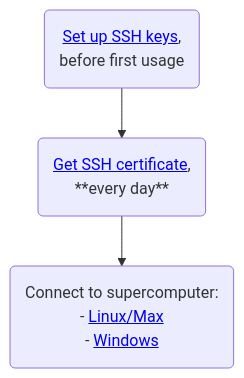
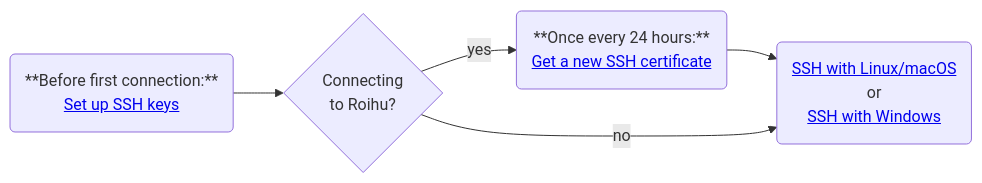
One commit to CSCfi/csc-user-guide changed the diagram in docs/computing/connecting/index.md. Above: the diagram before and after it, drawn with Mermaid. The commit also changed other lines of this file and 6 other files, not shown here.

````diff
--- a/docs/computing/connecting/index.md
+++ b/docs/computing/connecting/index.md
@@ -83,11 +86,13 @@
 ```mermaid
-%%{init: {'theme': 'default', }}%%
-flowchart TD
-    A(<a href='ssh-keys.md'>Set up SSH keys</a>,
-    before first usage)
-    A -->| | B(<a href='ssh-keys.md#signing-public-key'>Get SSH certificate</a>,
-    **every day**)
-    B -->| |C(Connect to supercomputer:
-    - <a href='ssh-unix.md'>Linux/Max</a>
-    - <a href='ssh-windows.md/'>Windows</a>)
+flowchart LR
+    A(**Before first connection:**
+      <a href='ssh-keys/'>Set up SSH keys</a>)
+    A --> B{Connecting
+            to Roihu?}
+    B -->|yes| C(**Once every 24 hours:**
+                 <a href='ssh-keys/#signing-public-key'>Get a new SSH certificate</a>)
+    C --> D(<a href='ssh-unix/'>SSH with Linux/macOS</a>
+            or
+            <a href='ssh-windows/'>SSH with Windows</a>)
+    B -->|no| D
 ```
````
